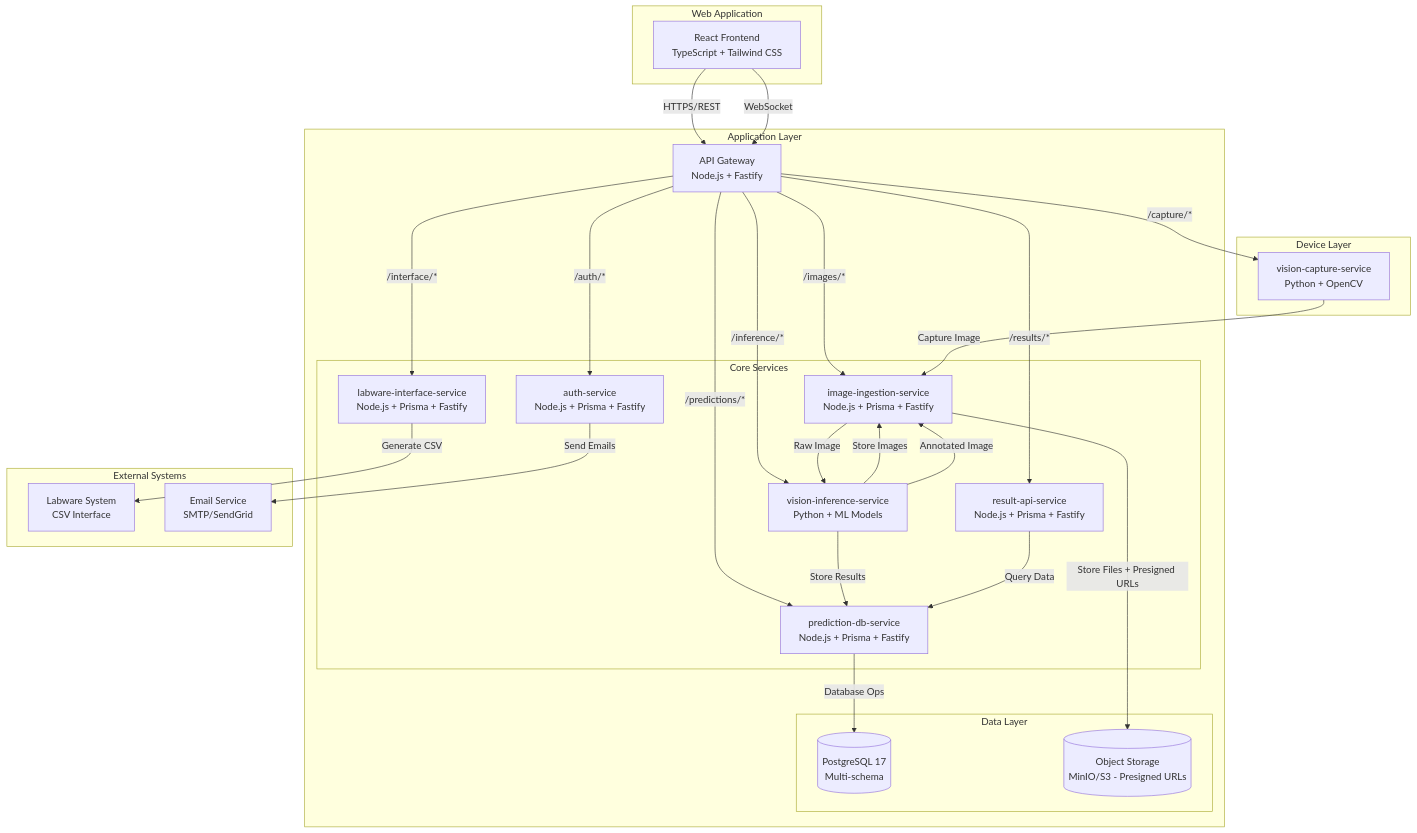
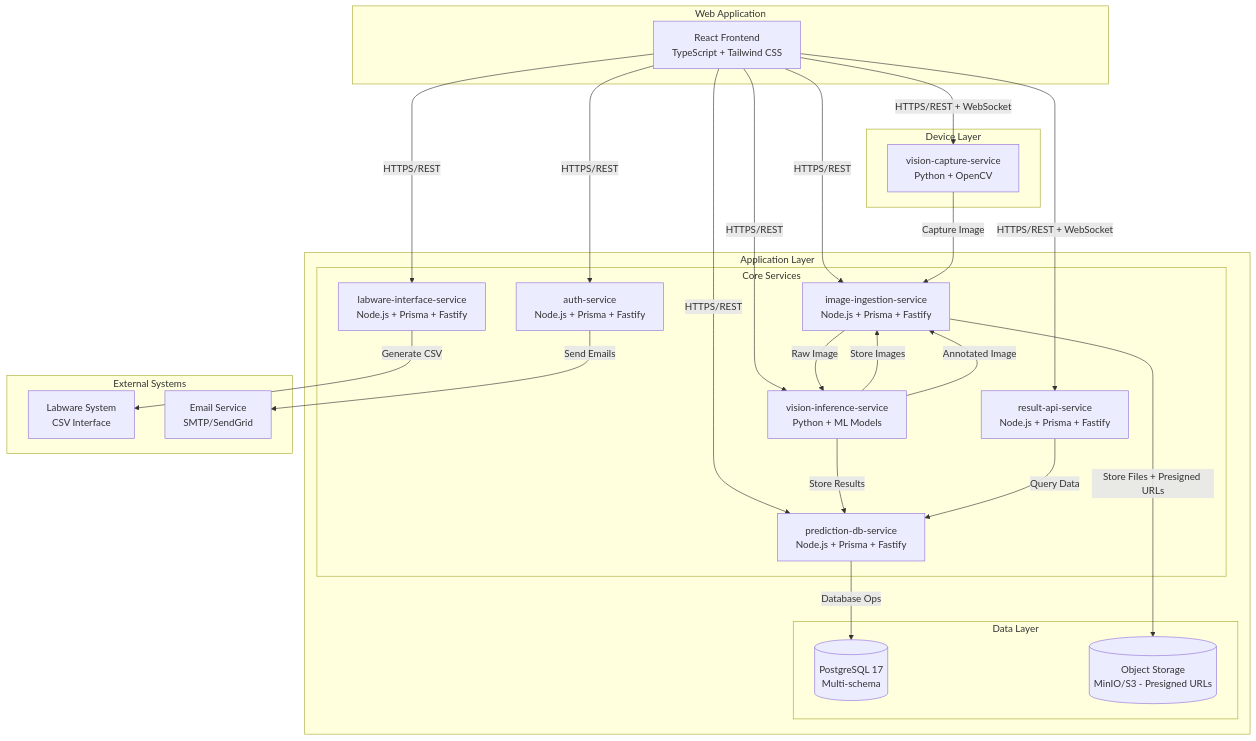
One commit to AmnadTaowsoam/MICROPLATE-AI-System changed the diagram in docs/01-Architecture-Overview.md. Above: the diagram before and after it, drawn with Mermaid. The commit also changed other lines of this file and 141 other files, not shown here.

````diff
--- a/docs/01-Architecture-Overview.md
+++ b/docs/01-Architecture-Overview.md
@@ -9,60 +9,54 @@
 ```mermaid
 graph TB
     subgraph "Device Layer"
         VC[vision-capture-service<br/>Python + OpenCV]
     end
 
     subgraph "Application Layer"
-        GW[API Gateway<br/>Node.js + Fastify]
-        
         subgraph "Core Services"
             AUTH[auth-service<br/>Node.js + Prisma + Fastify]
             IMG[image-ingestion-service<br/>Node.js + Prisma + Fastify]
             INF[vision-inference-service<br/>Python + ML Models]
             PDB[prediction-db-service<br/>Node.js + Prisma + Fastify]
             RES[result-api-service<br/>Node.js + Prisma + Fastify]
             LAB[labware-interface-service<br/>Node.js + Prisma + Fastify]
         end
         
         subgraph "Data Layer"
             PG[(PostgreSQL 17<br/>Multi-schema)]
             OBJ[(Object Storage<br/>MinIO/S3 - Presigned URLs)]
         end
     end
 
     subgraph "Web Application"
         FE[React Frontend<br/>TypeScript + Tailwind CSS]
     end
 
     subgraph "External Systems"
         LABWARE[Labware System<br/>CSV Interface]
         EMAIL[Email Service<br/>SMTP/SendGrid]
     end
 
-    %% Frontend connections
-    FE -->|HTTPS/REST| GW
-    FE -->|WebSocket| GW
-
-    %% Gateway routing
-    GW -->|/auth/*| AUTH
-    GW -->|/images/*| IMG
-    GW -->|/inference/*| INF
-    GW -->|/predictions/*| PDB
-    GW -->|/results/*| RES
-    GW -->|/interface/*| LAB
-    GW -->|/capture/*| VC
+    %% Frontend direct connections to services
+    FE -->|HTTPS/REST| AUTH
+    FE -->|HTTPS/REST| IMG
+    FE -->|HTTPS/REST| INF
+    FE -->|HTTPS/REST| PDB
+    FE -->|HTTPS/REST + WebSocket| RES
+    FE -->|HTTPS/REST| LAB
+    FE -->|HTTPS/REST + WebSocket| VC
 
     %% Service connections
     INF -->|Store Results| PDB
     PDB -->|Database Ops| PG
     INF -->|Store Images| IMG
     IMG -->|Store Files + Presigned URLs| OBJ
     RES -->|Query Data| PDB
     LAB -->|Generate CSV| LABWARE
     AUTH -->|Send Emails| EMAIL
 
     %% Data flow
     VC -->|Capture Image| IMG
     IMG -->|Raw Image| INF
     INF -->|Annotated Image| IMG
 ```
````
